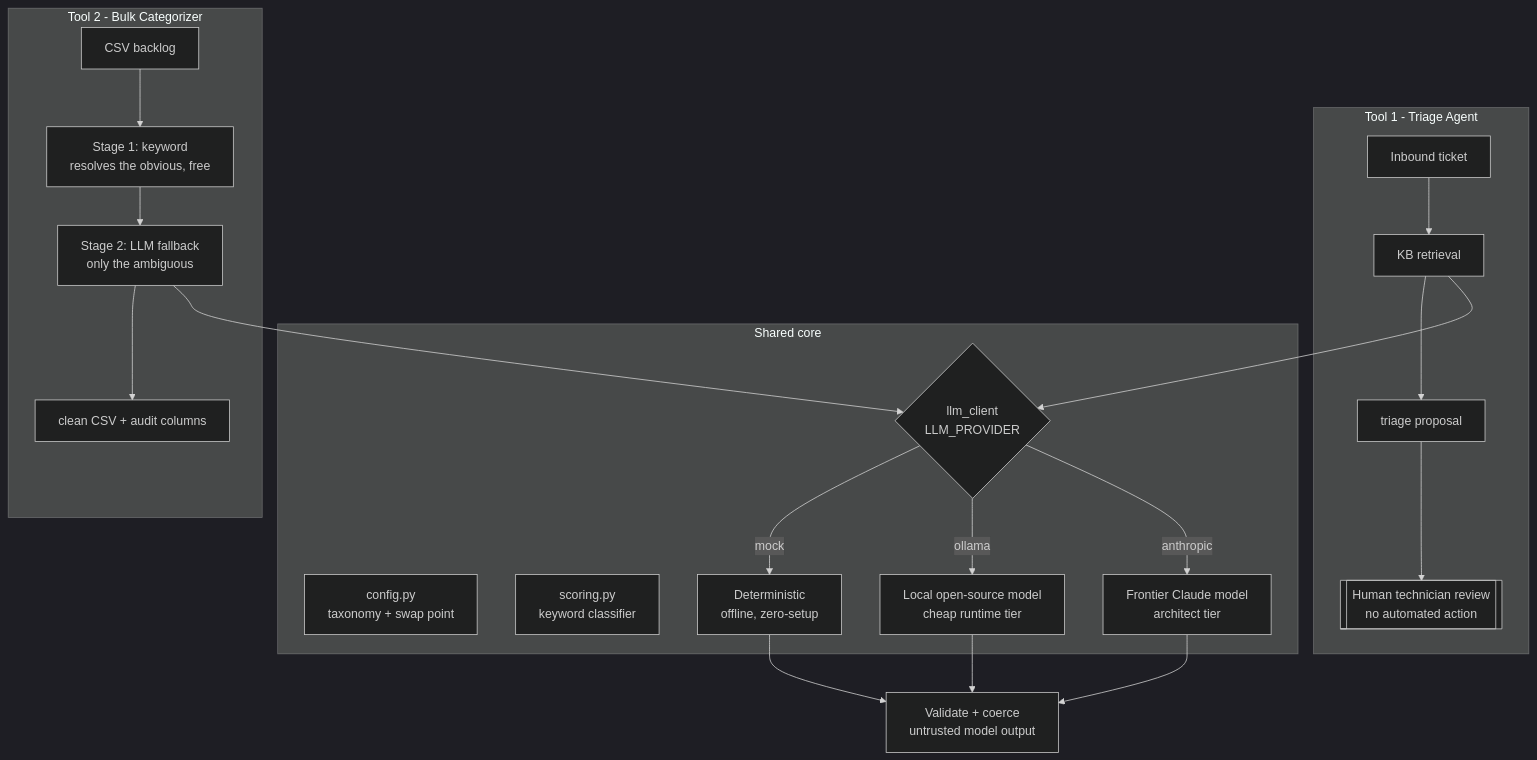
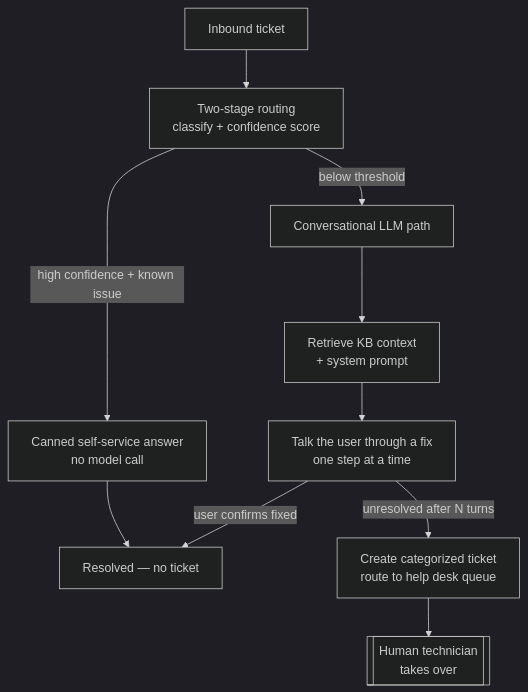
One commit to gareisin/helpdesk-ai-toolkit changed the diagram in README.md. Above: the diagram before and after it, drawn with Mermaid (dark theme). The commit also changed other lines of this file and 8 other files, not shown here.

First line of the commit message:
Rebuild Tool 1 as an autonomous Tier-1 support agent

````diff
--- a/README.md
+++ b/README.md
@@ -32,28 +29,12 @@
 ```mermaid
 flowchart TD
-    subgraph shared [Shared core]
-        S1[config.py<br/>taxonomy + swap point]
-        S2[scoring.py<br/>keyword classifier]
-        S3{llm_client<br/>LLM_PROVIDER}
-        S3 -->|mock| M[Deterministic<br/>offline, zero-setup]
-        S3 -->|ollama| O[Local open-source model<br/>cheap runtime tier]
-        S3 -->|anthropic| F[Frontier Claude model<br/>architect tier]
-    end
-
-    subgraph t1 [Tool 1 - Triage Agent]
-        A[Inbound ticket] --> KB[KB retrieval] --> TR[triage proposal]
-        TR --> HU[[Human technician review<br/>no automated action]]
-    end
-
-    subgraph t2 [Tool 2 - Bulk Categorizer]
-        C[CSV backlog] --> ST1[Stage 1: keyword<br/>resolves the obvious, free]
-        ST1 --> ST2[Stage 2: LLM fallback<br/>only the ambiguous]
-        ST2 --> OUT[clean CSV + audit columns]
-    end
-
-    KB --> S3
-    ST2 --> S3
-    M --> V[Validate + coerce<br/>untrusted model output]
-    O --> V
-    F --> V
+    A[Inbound ticket] --> B[Two-stage routing<br/>classify + confidence score]
+    B -->|high confidence + known issue| C[Canned self-service answer<br/>no model call]
+    B -->|below threshold| D[Conversational LLM path]
+    D --> E[Retrieve KB context<br/>+ system prompt]
+    E --> F[Talk the user through a fix<br/>one step at a time]
+    F -->|user confirms fixed| G[Resolved — no ticket]
+    F -->|unresolved after N turns| H[Create categorized ticket<br/>route to help desk queue]
+    H --> I[[Human technician<br/>takes over]]
+    C --> G
 ```
````
